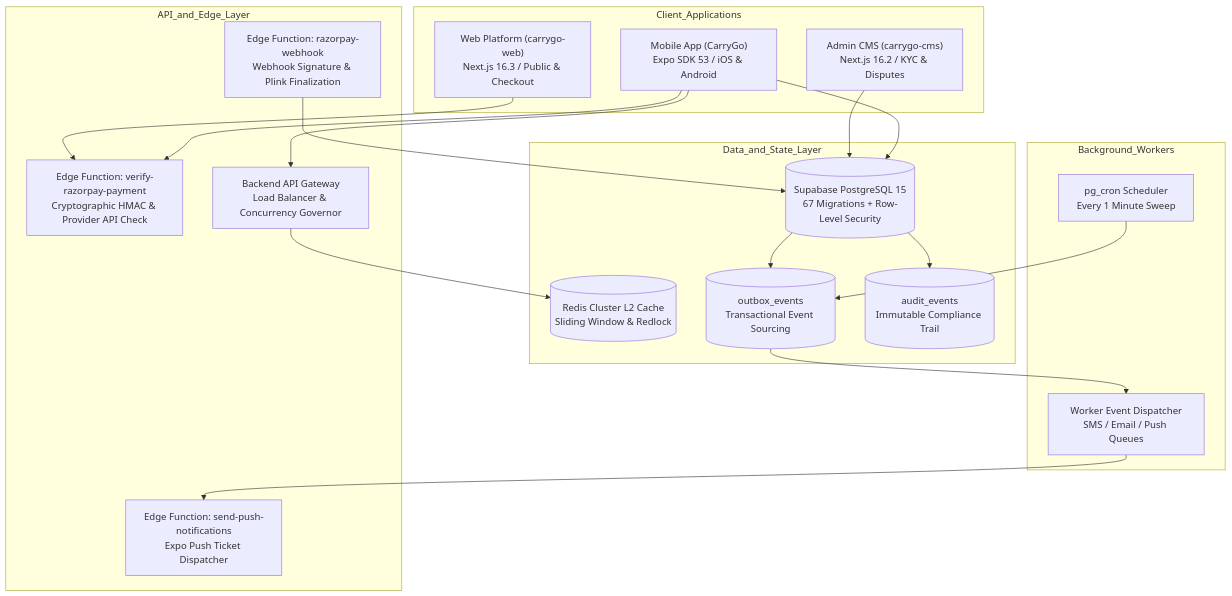
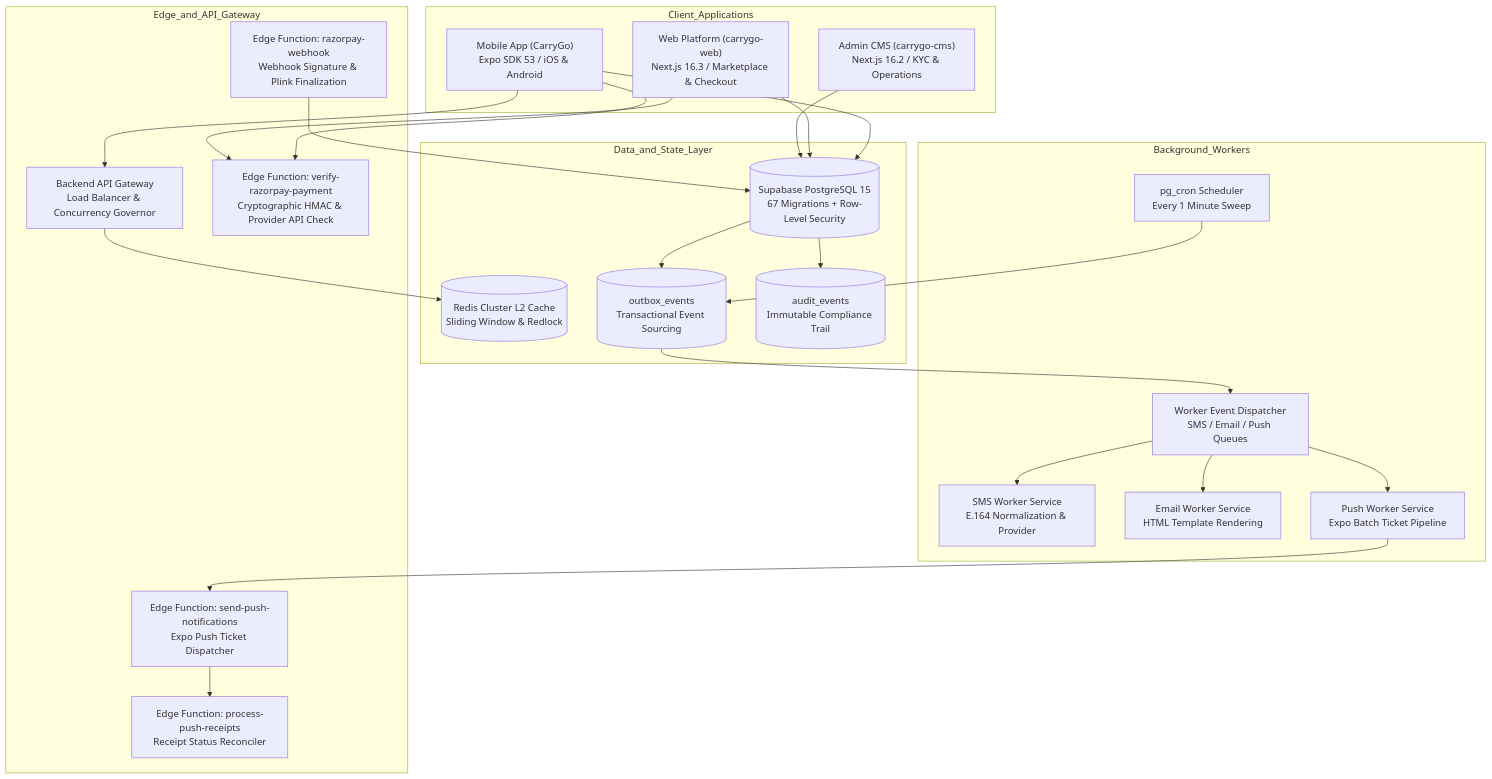
The first of 4 diagrams in PROJECT_CONTEXT.md (averiiq/CarryGo), drawn with Mermaid before and after one commit. The commit also changed other lines of this file and 55 other files, not shown here.

````diff
--- a/PROJECT_CONTEXT.md
+++ b/PROJECT_CONTEXT.md
@@ -110,40 +76,49 @@
 ```mermaid
 graph TD
     subgraph Client_Applications
         MobileApp["Mobile App (CarryGo)\nExpo SDK 53 / iOS & Android"]
-        WebPortal["Web Platform (carrygo-web)\nNext.js 16.3 / Public & Checkout"]
-        AdminCMS["Admin CMS (carrygo-cms)\nNext.js 16.2 / KYC & Disputes"]
+        WebPortal["Web Platform (carrygo-web)\nNext.js 16.3 / Marketplace & Checkout"]
+        AdminCMS["Admin CMS (carrygo-cms)\nNext.js 16.2 / KYC & Operations"]
     end
 
-    subgraph API_and_Edge_Layer
+    subgraph Edge_and_API_Gateway
+        APIGateway["Backend API Gateway\nLoad Balancer & Concurrency Governor"]
         EdgeVerify["Edge Function: verify-razorpay-payment\nCryptographic HMAC & Provider API Check"]
         EdgeWebhook["Edge Function: razorpay-webhook\nWebhook Signature & Plink Finalization"]
         EdgePush["Edge Function: send-push-notifications\nExpo Push Ticket Dispatcher"]
-        APIGateway["Backend API Gateway\nLoad Balancer & Concurrency Governor"]
+        EdgeReceipts["Edge Function: process-push-receipts\nReceipt Status Reconciler"]
     end
 
     subgraph Data_and_State_Layer
         SupabaseDB[("Supabase PostgreSQL 15\n67 Migrations + Row-Level Security")]
         RedisCluster[("Redis Cluster L2 Cache\nSliding Window & Redlock")]
         OutboxTable[("outbox_events\nTransactional Event Sourcing")]
         AuditTable[("audit_events\nImmutable Compliance Trail")]
     end
 
     subgraph Background_Workers
         OutboxCron["pg_cron Scheduler\nEvery 1 Minute Sweep"]
         EventDispatcher["Worker Event Dispatcher\nSMS / Email / Push Queues"]
+        SMSWorker["SMS Worker Service\nE.164 Normalization & Provider"]
+        EmailWorker["Email Worker Service\nHTML Template Rendering"]
+        PushWorker["Push Worker Service\nExpo Batch Ticket Pipeline"]
     end
 
     MobileApp --> SupabaseDB
     MobileApp --> EdgeVerify
+    MobileApp --> APIGateway
     WebPortal --> EdgeVerify
+    WebPortal --> SupabaseDB
+    AdminCMS --> SupabaseDB
     EdgeWebhook --> SupabaseDB
-    AdminCMS --> SupabaseDB
-    MobileApp --> APIGateway
     APIGateway --> RedisCluster
     SupabaseDB --> OutboxTable
     SupabaseDB --> AuditTable
     OutboxCron --> OutboxTable
     OutboxTable --> EventDispatcher
-    EventDispatcher --> EdgePush
+    EventDispatcher --> SMSWorker
+    EventDispatcher --> EmailWorker
+    EventDispatcher --> PushWorker
+    PushWorker --> EdgePush
+    EdgePush --> EdgeReceipts
 ```
````
